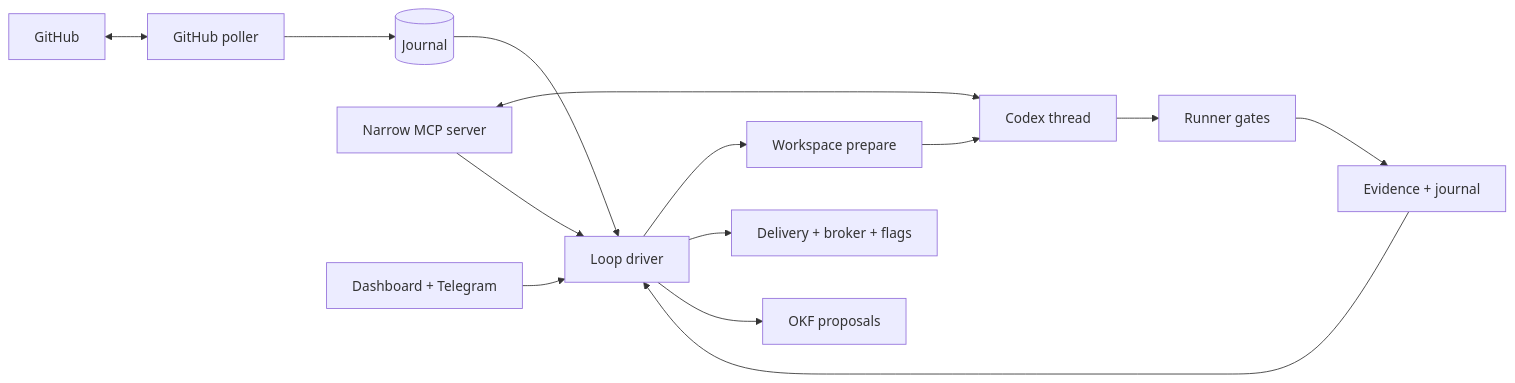
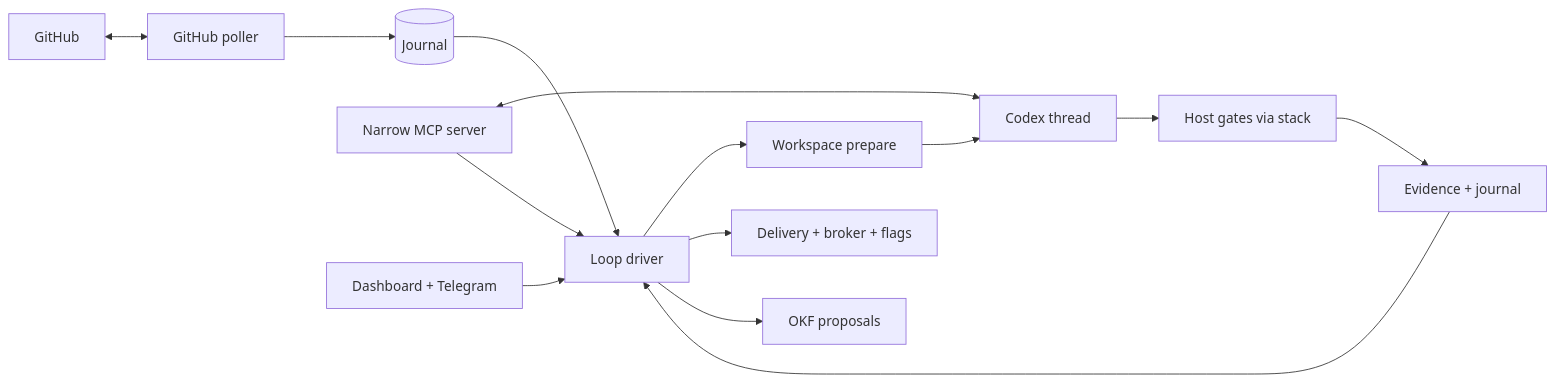
The diagram in docs/superpowers/plans/2026-09-22-harness-organism.md (marceloamoreno87/workflow-dev-template), drawn with Mermaid before and after one commit. The commit also changed other lines of this file and 4 other files, not shown here.

````diff
--- a/docs/superpowers/plans/2026-09-22-harness-organism.md
+++ b/docs/superpowers/plans/2026-09-22-harness-organism.md
@@ -15,16 +15,16 @@
 ```mermaid
 flowchart LR
     GH[GitHub] <--> Poller[GitHub poller]
     Poller --> Journal[(Journal)]
     Journal --> Brain[Loop driver]
     Brain --> Prep[Workspace prepare]
     Prep --> Thread[Codex thread]
-    Thread --> Gates[Runner gates]
+    Thread --> Gates[Host gates via stack]
     Gates --> Evidence[Evidence + journal]
     Evidence --> Brain
     Brain --> PR[Delivery + broker + flags]
     MCP[Narrow MCP server] <--> Thread
     MCP --> Brain
     Human[Dashboard + Telegram] --> Brain
     Brain --> Knowledge[OKF proposals]
 ```
````
